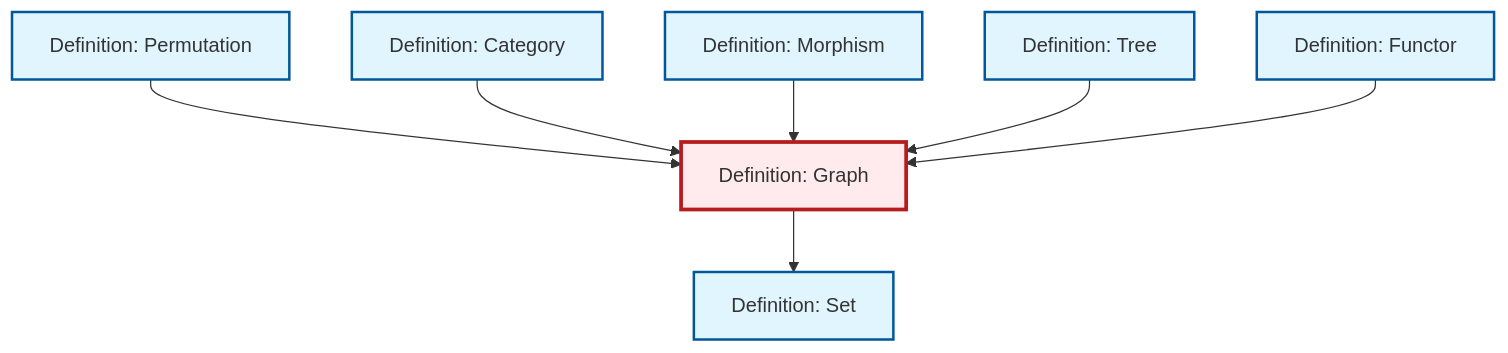
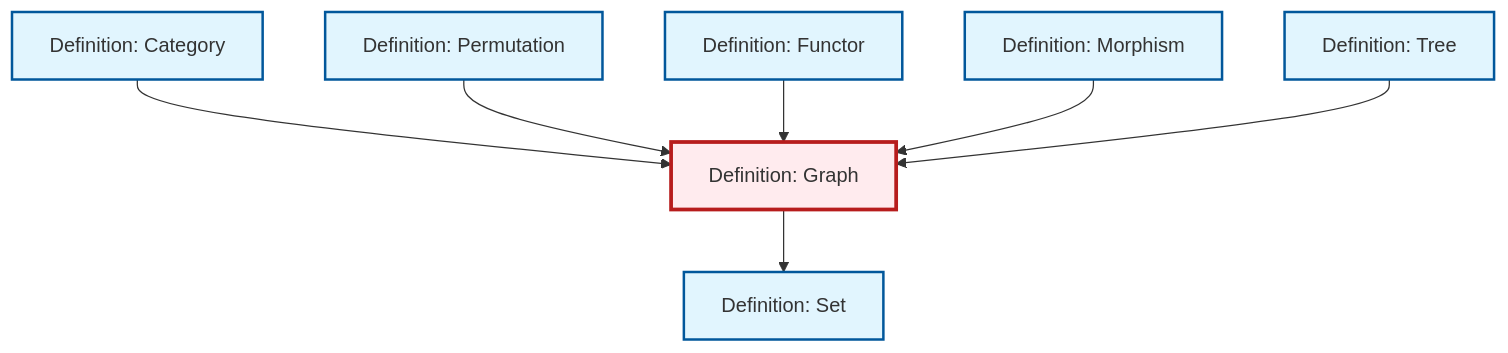
The diagram in content/en/combinatorics/def-graph.qmd (RK0429/ModernMath), drawn with Mermaid before and after one commit. The commit also changed other lines of this file and 654 other files, not shown here.

````diff
--- a/content/en/combinatorics/def-graph.qmd
+++ b/content/en/combinatorics/def-graph.qmd
@@ -93,29 +93,29 @@
 ```{mermaid}
 %%| fig-cap: "Local dependency graph"
 graph TD
     classDef definition fill:#e1f5fe,stroke:#01579b,stroke-width:2px
     classDef theorem fill:#f3e5f5,stroke:#4a148c,stroke-width:2px
     classDef axiom fill:#fff3e0,stroke:#e65100,stroke-width:2px
     classDef example fill:#e8f5e9,stroke:#1b5e20,stroke-width:2px
     classDef current fill:#ffebee,stroke:#b71c1c,stroke-width:3px
+    def-set["Definition: Set"]:::definition
     def-permutation["Definition: Permutation"]:::definition
+    def-graph["Definition: Graph"]:::definition
+    def-functor["Definition: Functor"]:::definition
+    def-morphism["Definition: Morphism"]:::definition
     def-category["Definition: Category"]:::definition
     def-tree["Definition: Tree"]:::definition
-    def-morphism["Definition: Morphism"]:::definition
-    def-set["Definition: Set"]:::definition
-    def-graph["Definition: Graph"]:::definition
-    def-functor["Definition: Functor"]:::definition
+    def-category --> def-graph
     def-permutation --> def-graph
-    def-category --> def-graph
+    def-functor --> def-graph
     def-morphism --> def-graph
     def-tree --> def-graph
-    def-functor --> def-graph
     def-graph --> def-set
     class def-graph current
+    click def-set "def-set.html" "Go to Set definition"
     click def-permutation "def-permutation.html" "Go to Permutation definition"
+    click def-functor "def-functor.html" "Go to Functor definition"
+    click def-morphism "def-morphism.html" "Go to Morphism definition"
     click def-category "def-category.html" "Go to Category definition"
     click def-tree "def-tree.html" "Go to Tree definition"
-    click def-morphism "def-morphism.html" "Go to Morphism definition"
-    click def-set "def-set.html" "Go to Set definition"
-    click def-functor "def-functor.html" "Go to Functor definition"
 ```
````
